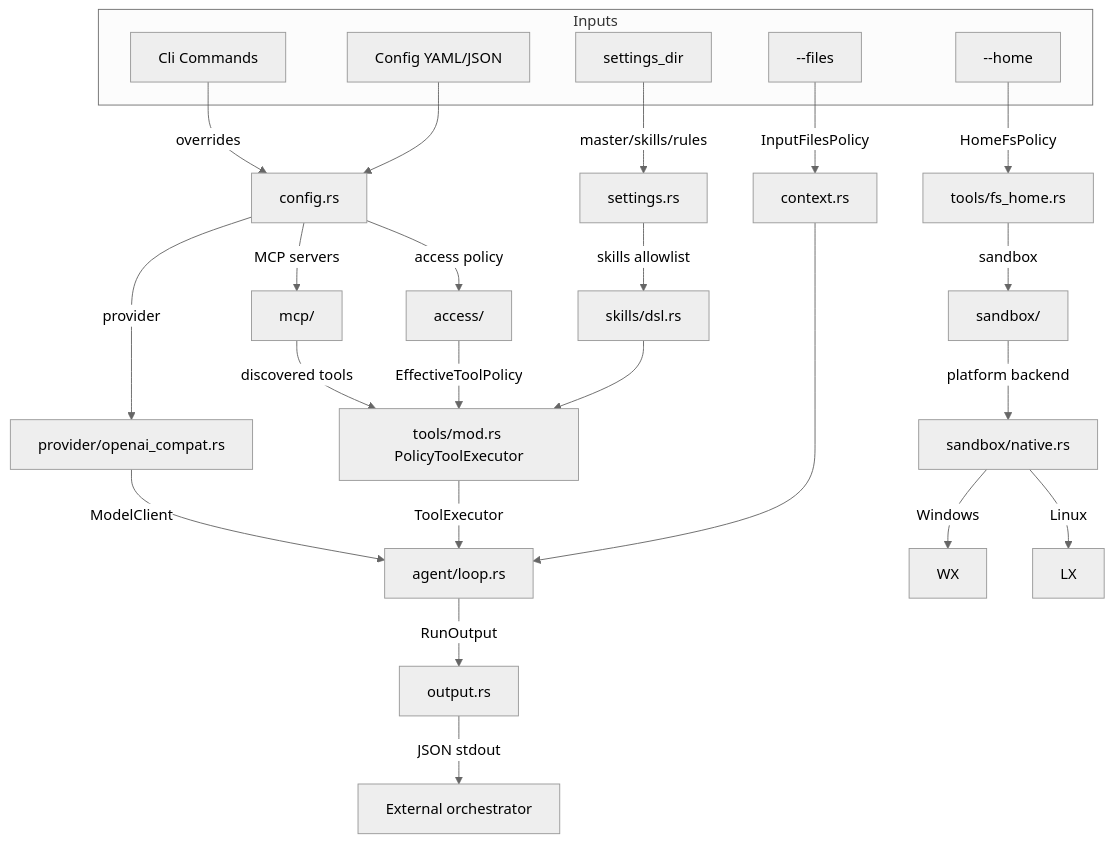
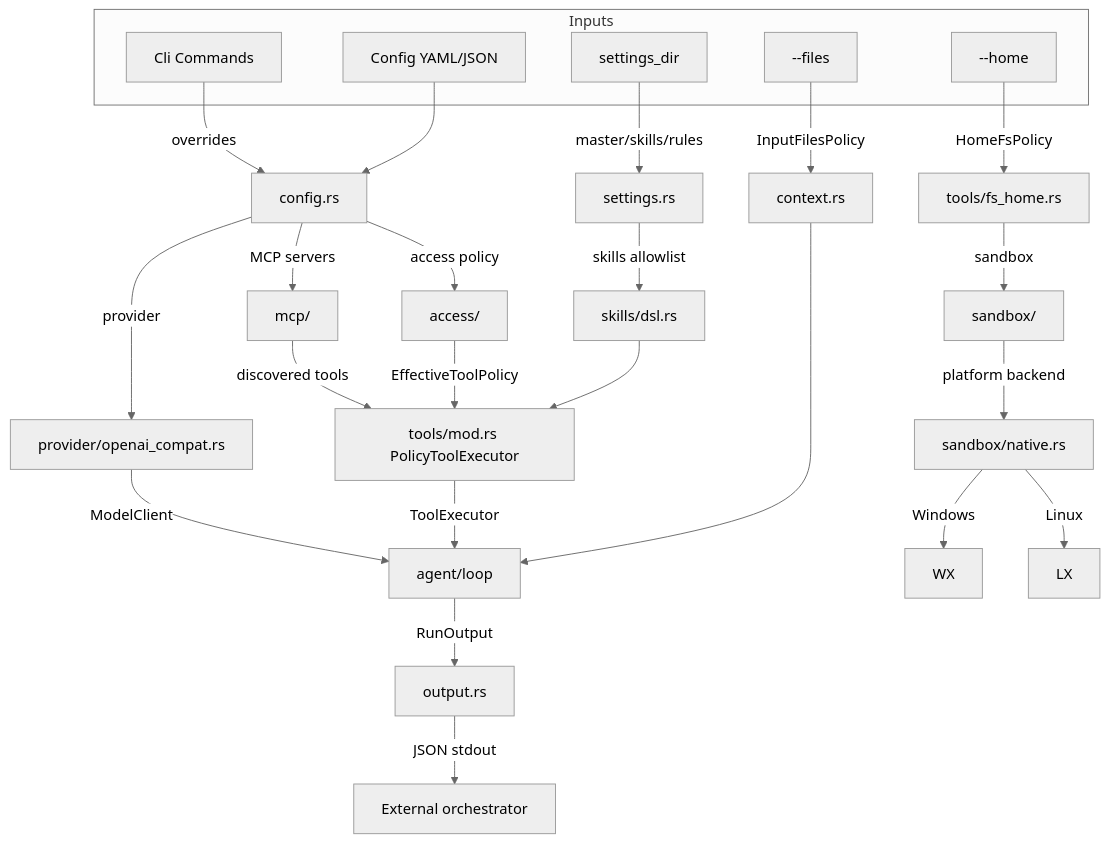
One commit to gazalievtimur/Agent-Kuibysheff changed the second of 4 diagrams in docs/ARCHITECTURE.md. Above: the diagram before and after it, drawn with Mermaid (neutral theme). The commit also changed other lines of this file and 6 other files, not shown here.

````diff
--- a/docs/ARCHITECTURE.md
+++ b/docs/ARCHITECTURE.md
@@ -41,36 +41,36 @@
 ```mermaid
 flowchart TD
     subgraph inputs [Inputs]
         CLI[Cli Commands]
         CFG[Config YAML/JSON]
         SET[settings_dir]
         FILES[--files]
         HOME[--home]
     end
 
     CLI -->|overrides| CONFIG[config.rs]
     CFG --> CONFIG
     SET -->|master/skills/rules| SETTINGS[settings.rs]
     FILES -->|InputFilesPolicy| CONTEXT[context.rs]
     HOME -->|HomeFsPolicy| HOMEFS[tools/fs_home.rs]
 
     CONFIG -->|access policy| ACCESS[access/]
     ACCESS -->|EffectiveToolPolicy| POLICY[tools/mod.rs PolicyToolExecutor]
     SETTINGS -->|skills allowlist| SKILLS[skills/dsl.rs]
     SKILLS --> POLICY
     CONFIG -->|MCP servers| MCP[mcp/]
     MCP -->|discovered tools| POLICY
 
     HOMEFS -->|sandbox| SANDBOX[sandbox/]
     SANDBOX -->|platform backend| NATIVE[sandbox/native.rs]
     NATIVE -->|Linux| LX
     NATIVE -->|Windows| WX
 
     CONFIG -->|provider| PROVIDER[provider/openai_compat.rs]
-    POLICY -->|ToolExecutor| AGENT[agent/loop.rs]
+    POLICY -->|ToolExecutor| AGENT[agent/loop]
     PROVIDER -->|ModelClient| AGENT
     CONTEXT --> AGENT
 
     AGENT -->|RunOutput| OUTPUT[output.rs]
     OUTPUT -->|JSON stdout| ORCH[External orchestrator]
 ```
````
